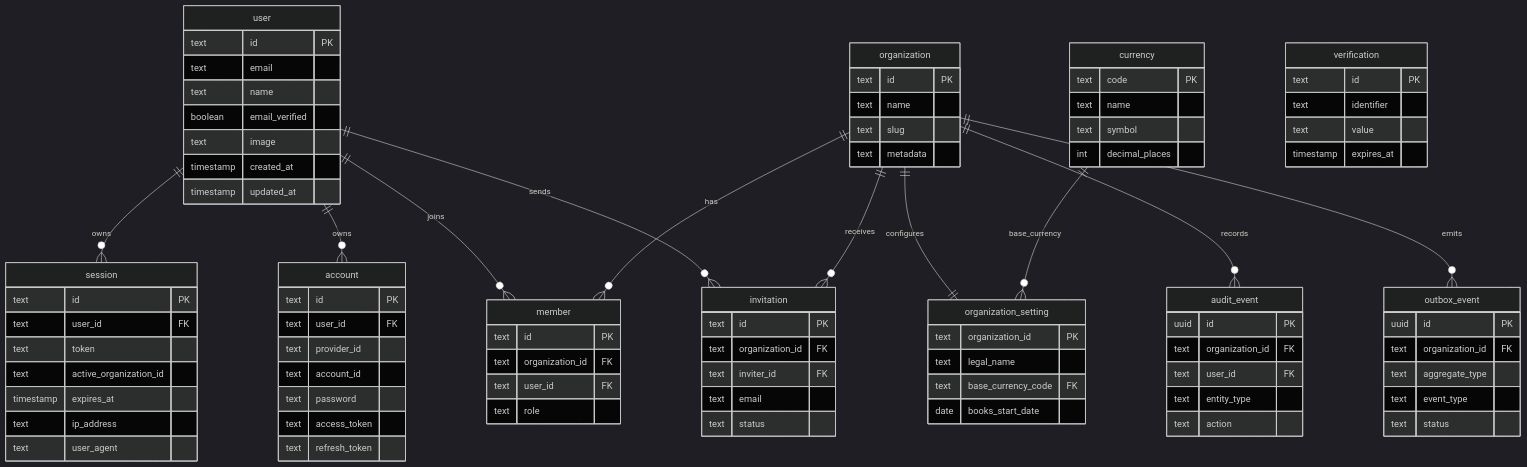
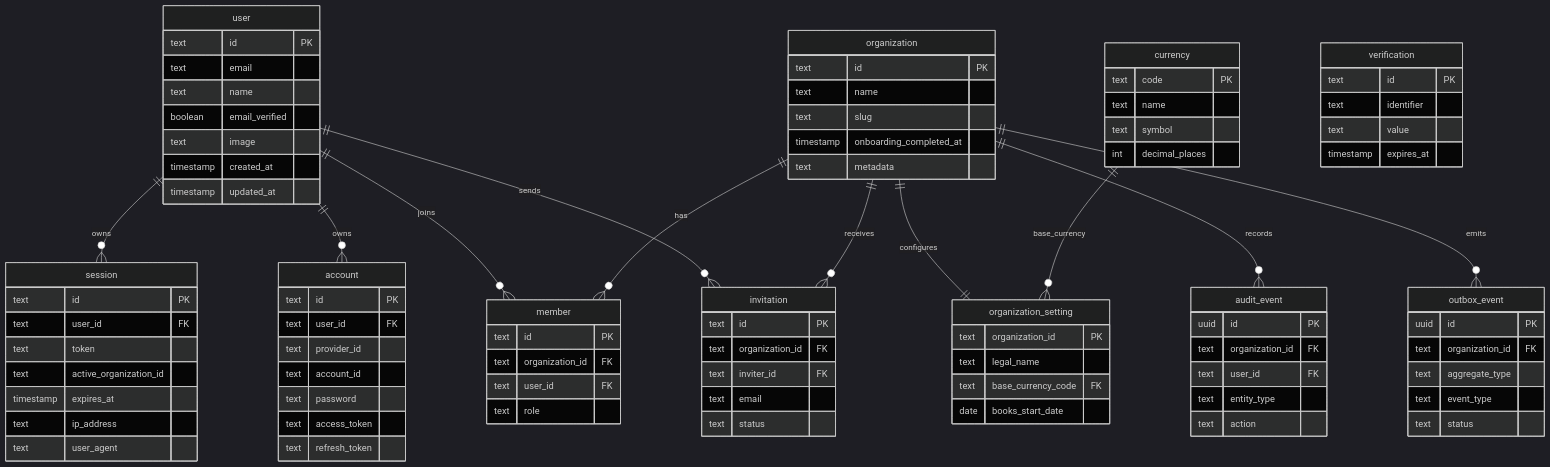
The first of 3 diagrams in packages/db/ARCHITECTURE.md (isherbuilds/edernal-books), drawn with Mermaid (dark theme) before and after one commit. The commit also changed other lines of this file and 95 other files, not shown here.

```diff
--- a/packages/db/ARCHITECTURE.md
+++ b/packages/db/ARCHITECTURE.md
@@ -58,6 +58,7 @@
     text id PK
     text name
     text slug
+    timestamp onboarding_completed_at
     text metadata
   }
   member {
```
